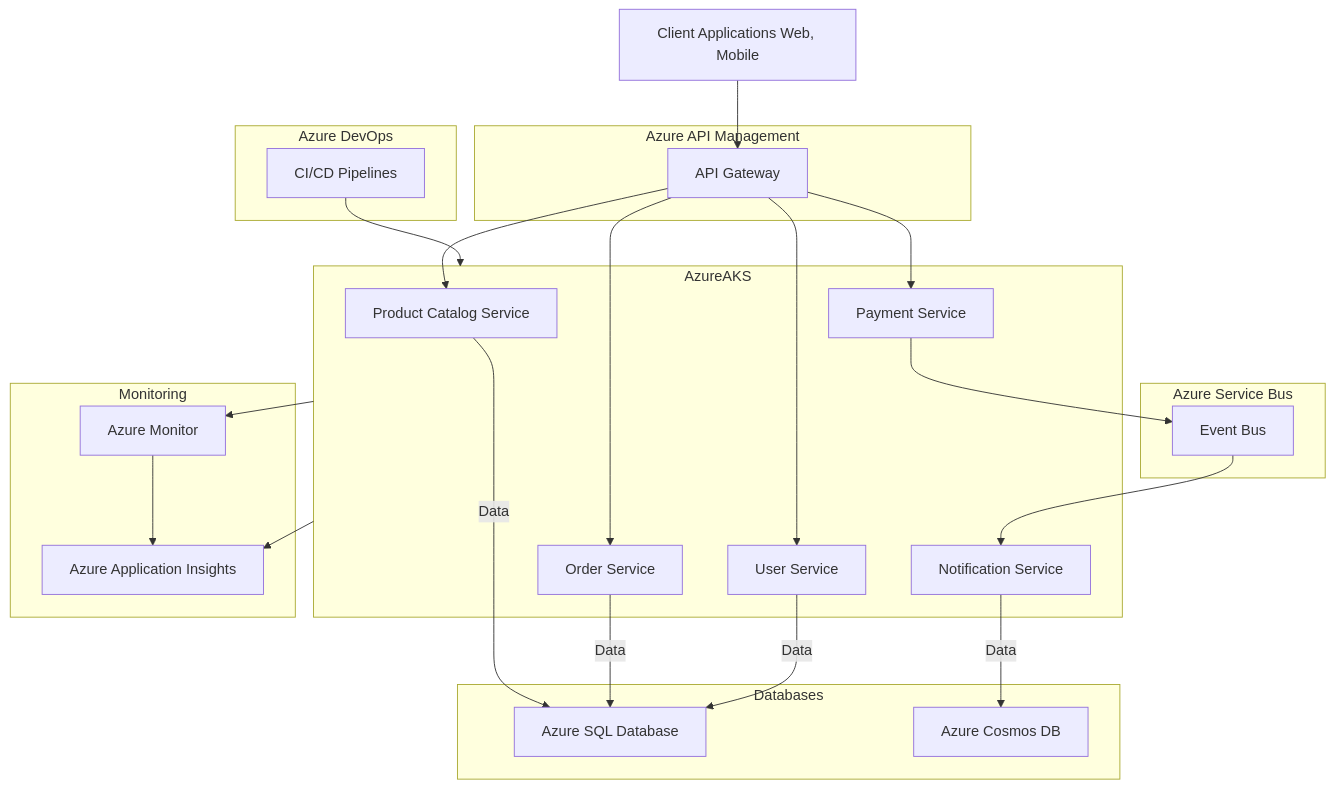
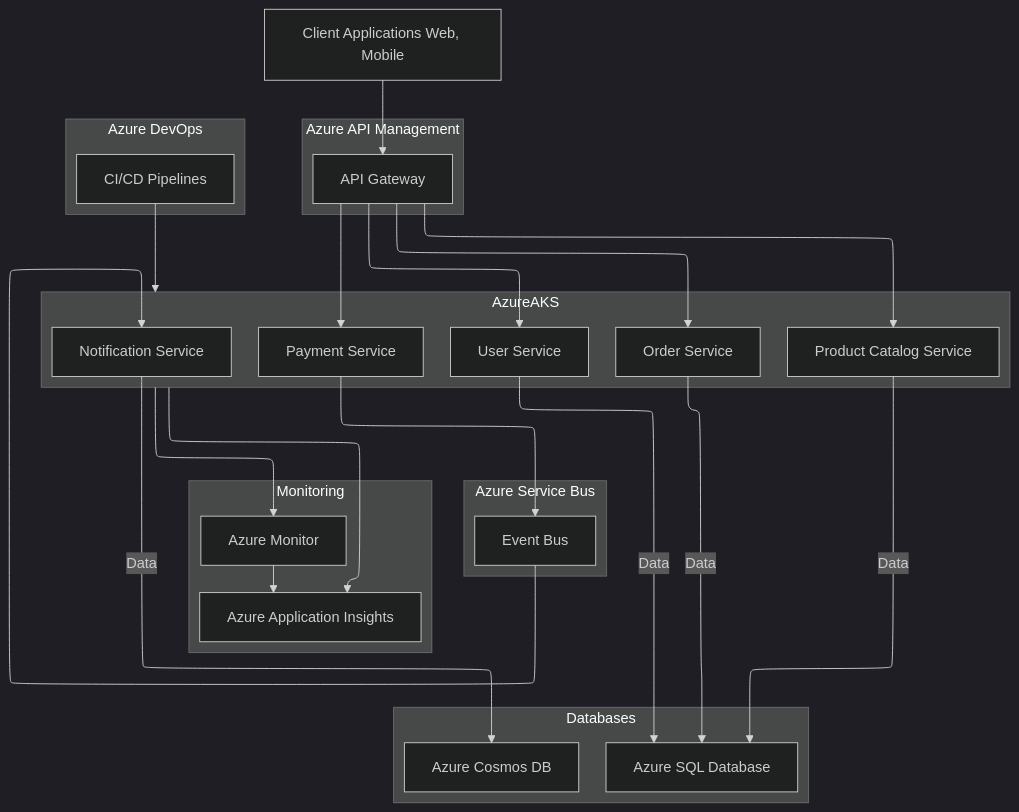
Before and after one commit to oigbokwe73/Azure-Cloud-Architect-Knowledge-Base: the first of 10 diagrams in Azure_Reference_Architecture_Solutions.md, drawn with Mermaid.

````diff
--- a/Azure_Reference_Architecture_Solutions.md
+++ b/Azure_Reference_Architecture_Solutions.md
@@ -42,48 +42,43 @@
 ```mermaid
-graph TD
-    subgraph AzureAKS
+---
+config:
+  theme: dark
+  layout: elk
+---
+flowchart TD
+ subgraph AzureAKS["AzureAKS"]
         ProductCatalogService["Product Catalog Service"]
         OrderService["Order Service"]
         PaymentService["Payment Service"]
         UserService["User Service"]
         NotificationService["Notification Service"]
-    end
-
-    subgraph Azure API Management
+  end
+ subgraph subGraph1["Azure API Management"]
         APIGateway["API Gateway"]
-    end
-
-    subgraph Azure DevOps
+  end
+ subgraph subGraph2["Azure DevOps"]
         CICD["CI/CD Pipelines"]
-    end
-
-    subgraph Azure Service Bus
+  end
+ subgraph subGraph3["Azure Service Bus"]
         EventBus["Event Bus"]
-    end
-
-    subgraph Databases
+  end
+ subgraph Databases["Databases"]
         SQLDB["Azure SQL Database"]
         CosmosDB["Azure Cosmos DB"]
-    end
-
-    subgraph Monitoring
+  end
+ subgraph Monitoring["Monitoring"]
         Monitor["Azure Monitor"]
         AppInsights["Azure Application Insights"]
-    end
-
+  end
     Client["Client Applications Web, Mobile"] --> APIGateway
-    APIGateway --> ProductCatalogService
-    APIGateway --> OrderService
-    APIGateway --> PaymentService
-    APIGateway --> UserService
+    CICD --> AzureAKS
+    APIGateway --> ProductCatalogService & OrderService & PaymentService & UserService
     ProductCatalogService -- Data --> SQLDB
     OrderService -- Data --> SQLDB
     UserService -- Data --> SQLDB
     PaymentService --> EventBus
     EventBus --> NotificationService
     NotificationService -- Data --> CosmosDB
-    CICD --> AzureAKS
     Monitor --> AppInsights
-    AzureAKS --> Monitor
-    AzureAKS --> AppInsights
+    AzureAKS --> Monitor & AppInsights
 ```
````
